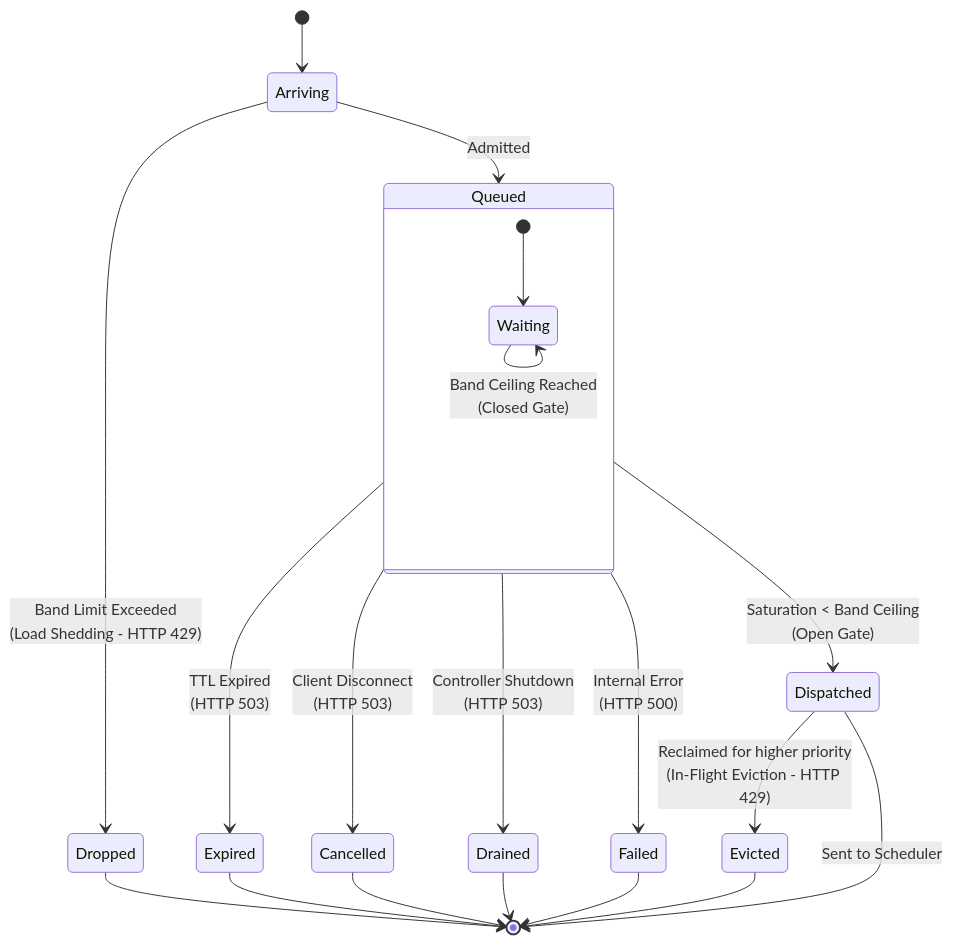
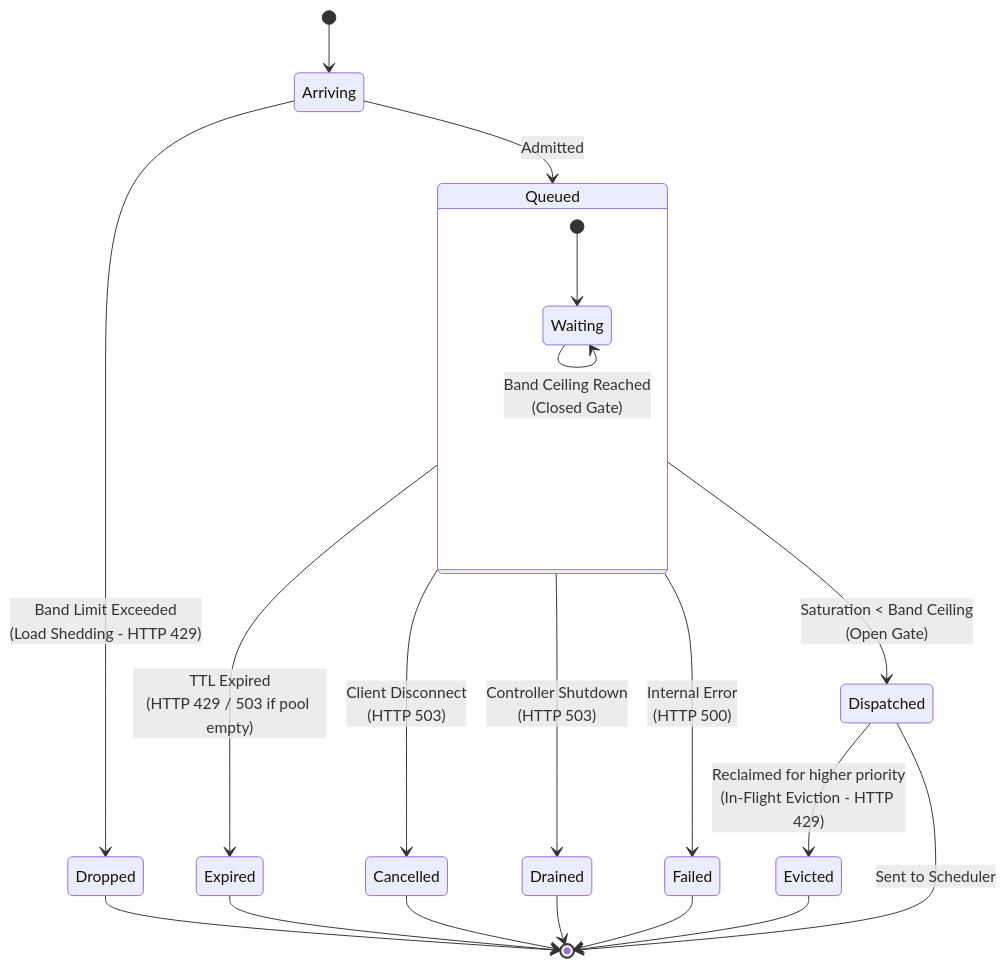
The fourth of 4 diagrams in docs/architecture/router/flow-control.md (llm-d/llm-d), drawn with Mermaid before and after one commit. The commit also changed other lines of this file, not shown here.

First line of the commit message:
docs(architecture): sync flow-control metrics table and CRD version note

````diff
--- a/docs/architecture/router/flow-control.md
+++ b/docs/architecture/router/flow-control.md
@@ -351,26 +351,26 @@
 ```mermaid
 stateDiagram-v2
     [*] --> Arriving
     Arriving --> Dropped: Band Limit Exceeded<br/>(Load Shedding - HTTP 429)
     Arriving --> Queued: Admitted
 
     state Queued {
         [*] --> Waiting
         Waiting --> Waiting: Band Ceiling Reached<br/>(Closed Gate)
     }
 
-    Queued --> Expired: TTL Expired<br/>(HTTP 503)
+    Queued --> Expired: TTL Expired<br/>(HTTP 429 / 503 if pool empty)
     Queued --> Cancelled: Client Disconnect<br/>(HTTP 503)
     Queued --> Drained: Controller Shutdown<br/>(HTTP 503)
     Queued --> Failed: Internal Error<br/>(HTTP 500)
     Queued --> Dispatched: Saturation < Band Ceiling<br/>(Open Gate)
 
     Dispatched --> Evicted: Reclaimed for higher priority<br/>(In-Flight Eviction - HTTP 429)
     Dispatched --> [*]: Sent to Scheduler
     Dropped --> [*]
     Expired --> [*]
     Cancelled --> [*]
     Drained --> [*]
     Evicted --> [*]
     Failed --> [*]
 ```
````
